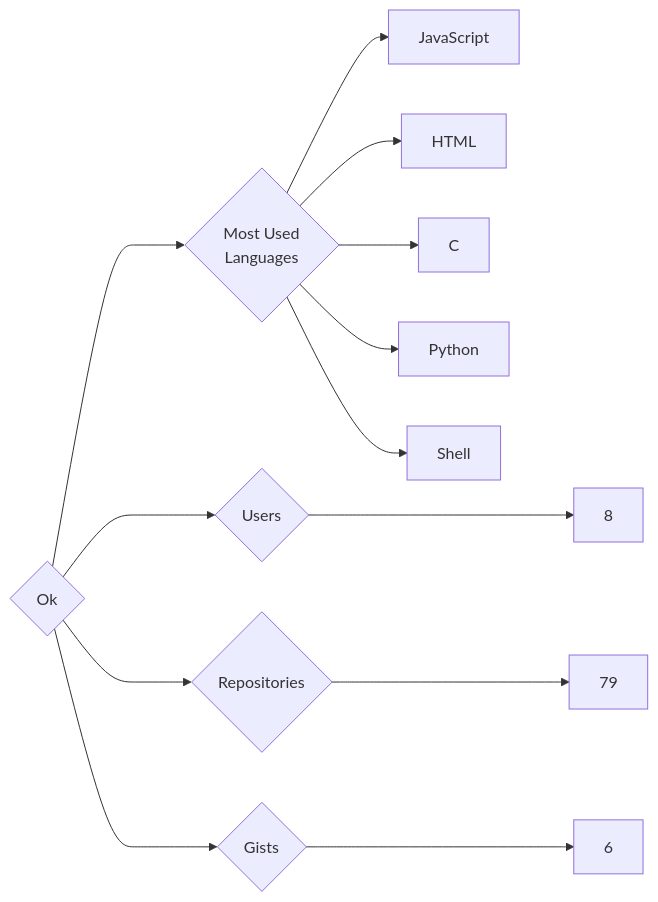
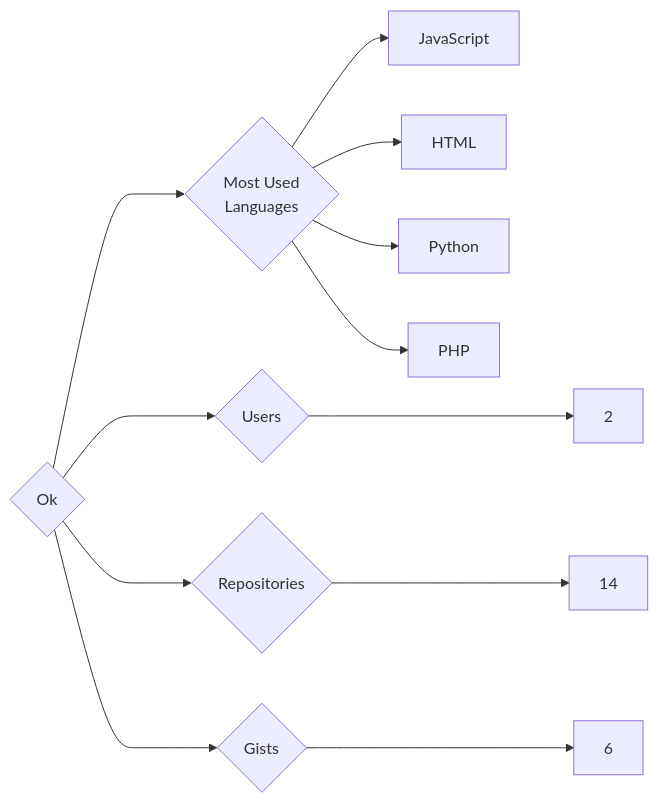
Before and after one commit to trickest/insiders: the diagram in targets/Ok/README.md, drawn with Mermaid. The commit also changed 725 other files, not shown here.

````diff
--- a/targets/Ok/README.md
+++ b/targets/Ok/README.md
@@ -3,13 +3,12 @@
 ```mermaid
 graph LR
 COMPANY_NAME{Ok}
-COMPANY_NAME ---> U{Users} ---> UN[8]
-COMPANY_NAME ---> R{Repositories} ---> RN[79]
+COMPANY_NAME ---> U{Users} ---> UN[2]
+COMPANY_NAME ---> R{Repositories} ---> RN[14]
 COMPANY_NAME ---> G{Gists} ---> GN[6]
 COMPANY_NAME ---> ML{Most Used<br>Languages}
 ML --> JavaScript[JavaScript]
 ML --> HTML[HTML]
-ML --> C[C]
 ML --> Python[Python]
-ML --> Shell[Shell]
+ML --> PHP[PHP]
 ```
````
